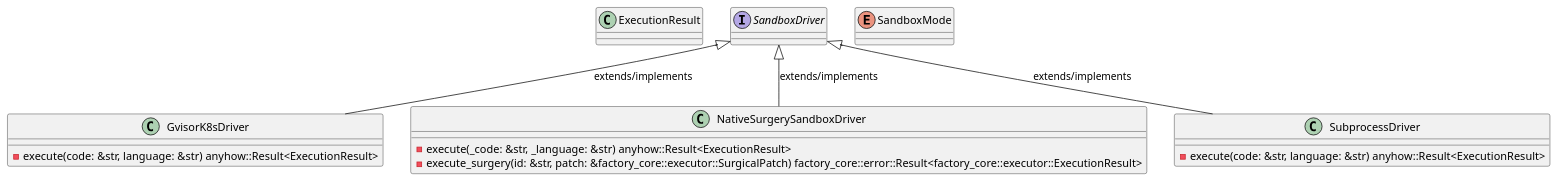
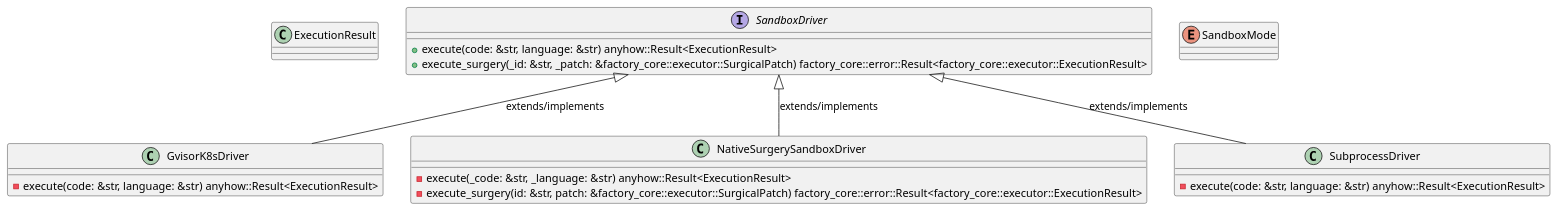
One commit to lgcorzo/rust_CACD_autonomous_factory changed the first of 6 diagrams in openwiki/crates_factory_mcp_server_src_sandbox.md. Above: the diagram before and after it, drawn with PlantUML. The commit also changed other lines of this file and 96 other files, not shown here.

````diff
--- a/openwiki/crates_factory_mcp_server_src_sandbox.md
+++ b/openwiki/crates_factory_mcp_server_src_sandbox.md
@@ -182,24 +242,26 @@
 ```plantuml
 @startuml
 class ExecutionResult {
 }
 class GvisorK8sDriver {
     -execute(code: &str, language: &str) anyhow::Result<ExecutionResult>
 }
 SandboxDriver <|-- GvisorK8sDriver : extends/implements
 class NativeSurgerySandboxDriver {
     -execute(_code: &str, _language: &str) anyhow::Result<ExecutionResult>
     -execute_surgery(id: &str, patch: &factory_core::executor::SurgicalPatch) factory_core::error::Result<factory_core::executor::ExecutionResult>
 }
 SandboxDriver <|-- NativeSurgerySandboxDriver : extends/implements
 interface SandboxDriver {
+    +execute(code: &str, language: &str) anyhow::Result<ExecutionResult>
+    +execute_surgery(_id: &str, _patch: &factory_core::executor::SurgicalPatch) factory_core::error::Result<factory_core::executor::ExecutionResult>
 }
 enum SandboxMode {
 }
 class SubprocessDriver {
     -execute(code: &str, language: &str) anyhow::Result<ExecutionResult>
 }
 SandboxDriver <|-- SubprocessDriver : extends/implements
 @enduml
 
 ```
````
